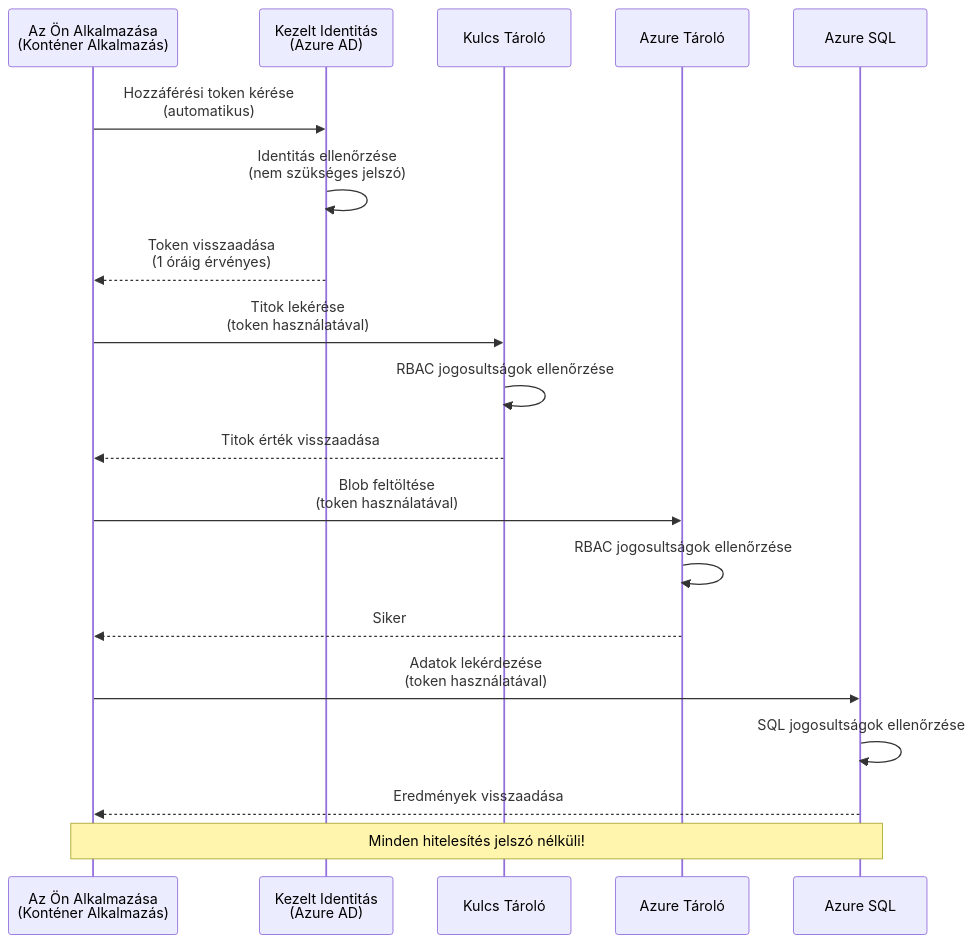
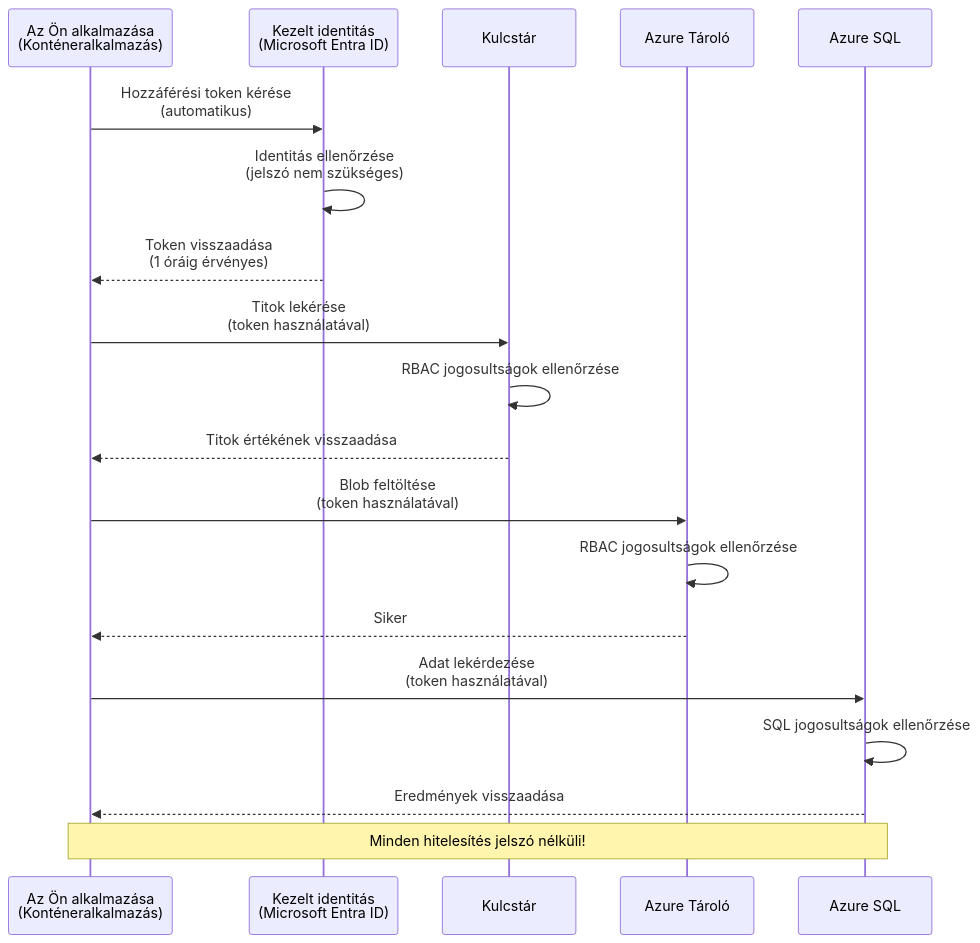
Before and after one commit to microsoft/AZD-for-beginners: the first of 2 diagrams in translations/hu/docs/chapter-03-configuration/authsecurity.md, drawn with Mermaid. The commit also changed other lines of this file and 104 other files, not shown here.

````diff
--- a/translations/hu/docs/chapter-03-configuration/authsecurity.md
+++ b/translations/hu/docs/chapter-03-configuration/authsecurity.md
@@ -69,26 +69,26 @@
 ```mermaid
 sequenceDiagram
-    participant App as Az Ön Alkalmazása<br/>(Konténer Alkalmazás)
-    participant MI as Kezelt Identitás<br/>(Azure AD)
-    participant KV as Kulcs Tároló
+    participant App as Az Ön alkalmazása<br/>(Konténeralkalmazás)
+    participant MI as Kezelt identitás<br/>(Microsoft Entra ID)
+    participant KV as Kulcstár
     participant Storage as Azure Tároló
     participant DB as Azure SQL
     
     App->>MI: Hozzáférési token kérése<br/>(automatikus)
-    MI->>MI: Identitás ellenőrzése<br/>(nem szükséges jelszó)
+    MI->>MI: Identitás ellenőrzése<br/>(jelszó nem szükséges)
     MI-->>App: Token visszaadása<br/>(1 óráig érvényes)
     
     App->>KV: Titok lekérése<br/>(token használatával)
     KV->>KV: RBAC jogosultságok ellenőrzése
-    KV-->>App: Titok érték visszaadása
+    KV-->>App: Titok értékének visszaadása
     
     App->>Storage: Blob feltöltése<br/>(token használatával)
     Storage->>Storage: RBAC jogosultságok ellenőrzése
     Storage-->>App: Siker
     
-    App->>DB: Adatok lekérdezése<br/>(token használatával)
+    App->>DB: Adat lekérdezése<br/>(token használatával)
     DB->>DB: SQL jogosultságok ellenőrzése
     DB-->>App: Eredmények visszaadása
     
     Note over App,DB: Minden hitelesítés jelszó nélküli!
 ```
````
